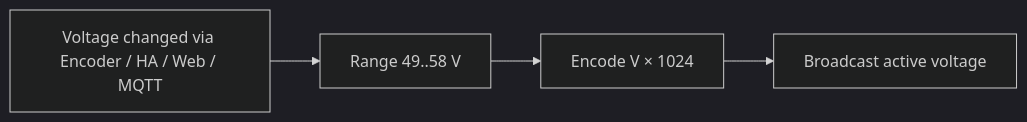
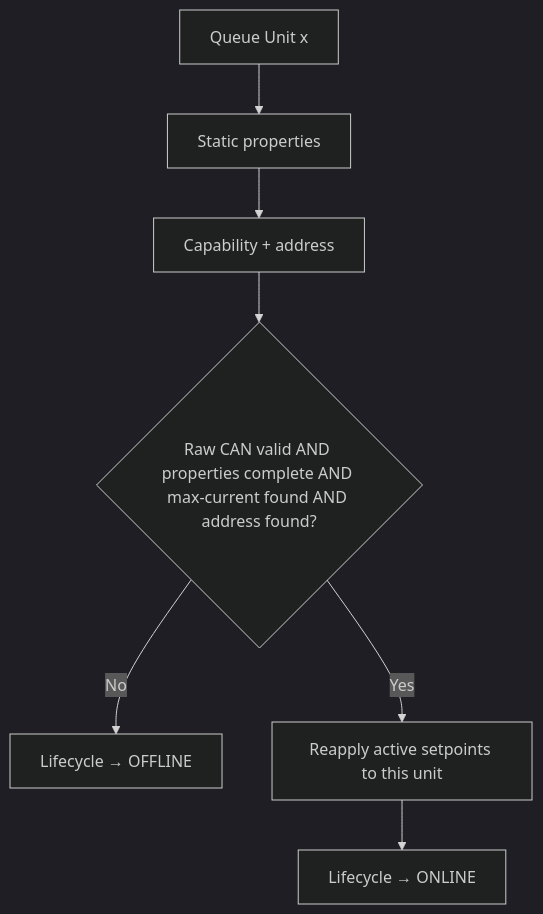
Diagram 13 of 26 in R4875G1_CONTROL_FLOWS.md (anwa/esphome-r4875g1-3phase-charger), drawn with Mermaid (dark theme) before and after one commit. The commit also changed other lines of this file and 1 other file, not shown here.

First line of the commit message:
Synchronize CAN lifecycle and recovery documentation

````diff
--- a/R4875G1_CONTROL_FLOWS.md
+++ b/R4875G1_CONTROL_FLOWS.md
@@ -219,6 +455,9 @@
 ```mermaid
-flowchart LR
-    A[Voltage changed via Encoder / HA / Web / MQTT] --> B[Range 49..58 V]
-    B --> C[Encode V × 1024]
-    C --> D[Broadcast active voltage]
+flowchart TD
+    A[Queue Unit x] --> B[Static properties]
+    B --> C[Capability + address]
+    C --> D{Raw CAN valid AND properties complete AND max-current found AND address found?}
+    D -- No --> E[Lifecycle → OFFLINE]
+    D -- Yes --> F[Reapply active setpoints to this unit]
+    F --> G[Lifecycle → ONLINE]
 ```
````
